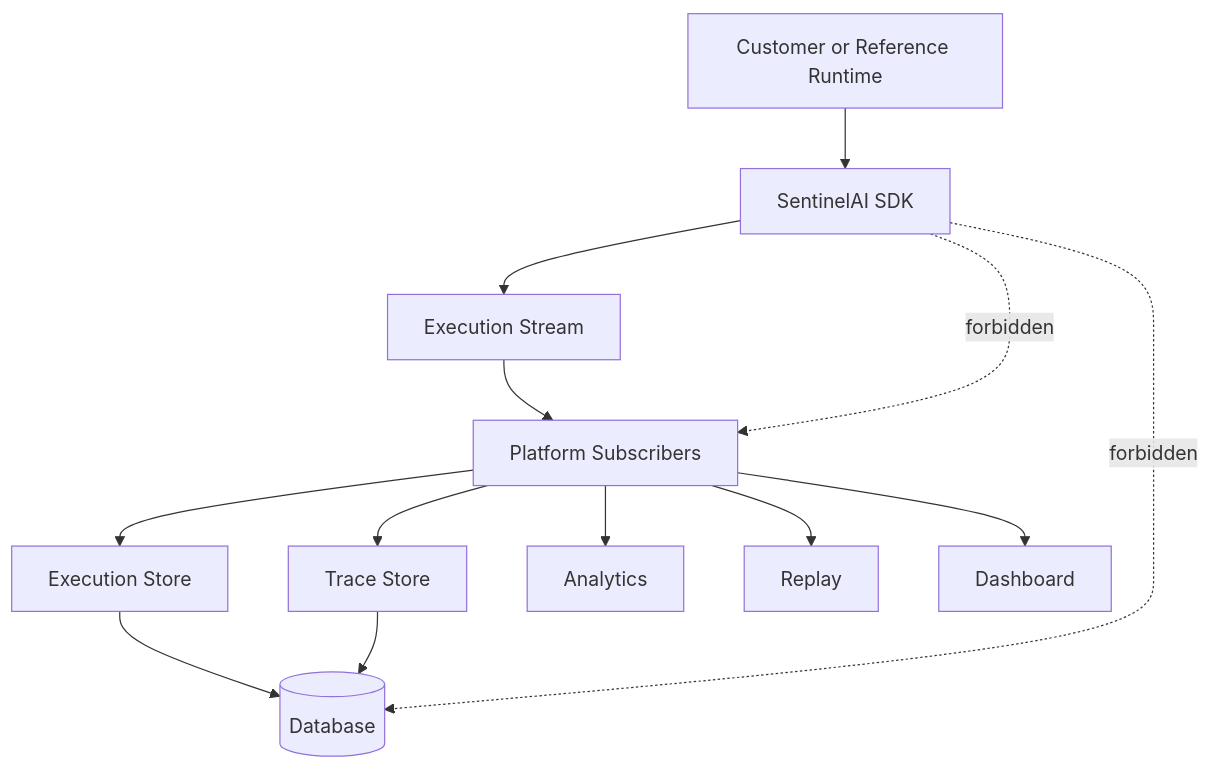
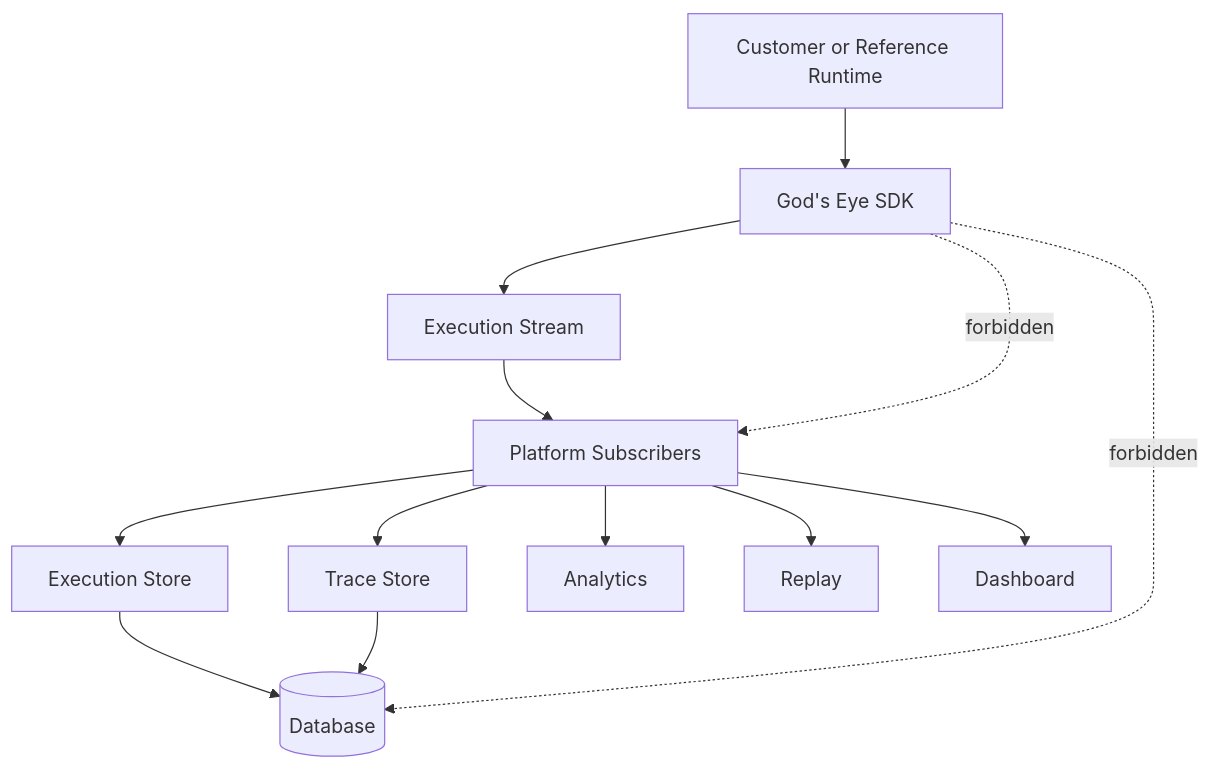
The first of 2 diagrams in GodsEye/docs/architecture.md (Kunal-Vijay/AI-Observablity-Platform), drawn with Mermaid before and after one commit. The commit also changed other lines of this file and 127 other files, not shown here.

First line of the commit message:
Refactor and rename project to God's Eye

````diff
--- a/GodsEye/docs/architecture.md
+++ b/GodsEye/docs/architecture.md
@@ -127,16 +127,16 @@
 ```mermaid
 flowchart TD
-  Runtime[Customer or Reference Runtime] --> SDK[SentinelAI SDK]
+  Runtime[Customer or Reference Runtime] --> SDK[God's Eye SDK]
   SDK --> Stream[Execution Stream]
   Stream --> Subscribers[Platform Subscribers]
   Subscribers --> ExecutionStore[Execution Store]
   Subscribers --> TraceStore[Trace Store]
   Subscribers --> Analytics[Analytics]
   Subscribers --> Replay[Replay]
   Subscribers --> Dashboard[Dashboard]
   ExecutionStore --> Database[(Database)]
   TraceStore --> Database
 
   SDK -. forbidden .-> Subscribers
   SDK -. forbidden .-> Database
 ```
````
